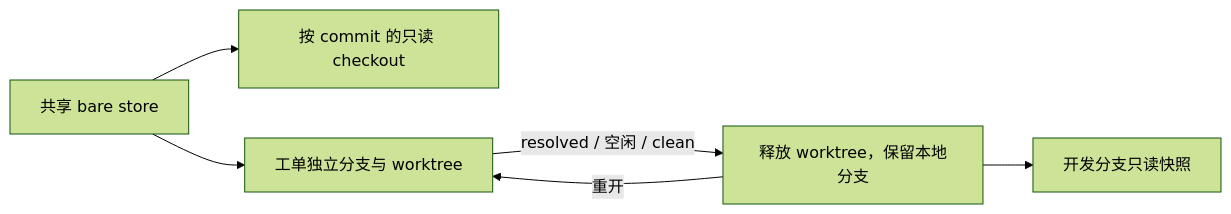
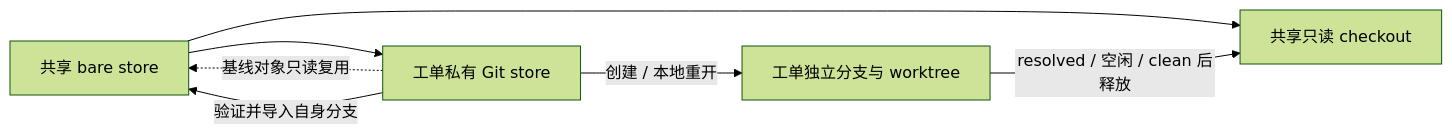
The fourth of 4 diagrams in docs/STORAGE.md (idoly/issue-pilot), drawn with Mermaid (forest theme) before and after one commit. The commit also changed other lines of this file and 63 other files, not shown here.

````diff
--- a/docs/STORAGE.md
+++ b/docs/STORAGE.md
@@ -133,8 +147,9 @@
 ```mermaid
 flowchart LR
-  Bare[共享 bare store] --> ReadOnly[按 commit 的只读 checkout]
-  Bare --> Active[工单独立分支与 worktree]
-  Active -->|resolved / 空闲 / clean| Release[释放 worktree，保留本地分支]
-  Release --> Snapshot[开发分支只读快照]
-  Release -->|重开| Active
+  Bare[共享 bare store] --> Private[工单私有 Git store]
+  Private -. 基线对象只读复用 .-> Bare
+  Private -->|创建 / 本地重开| Active[工单独立分支与 worktree]
+  Private -->|验证并导入自身分支| Bare
+  Bare --> Snapshot[共享只读 checkout]
+  Active -->|resolved / 空闲 / clean 后释放| Snapshot
 ```
````
